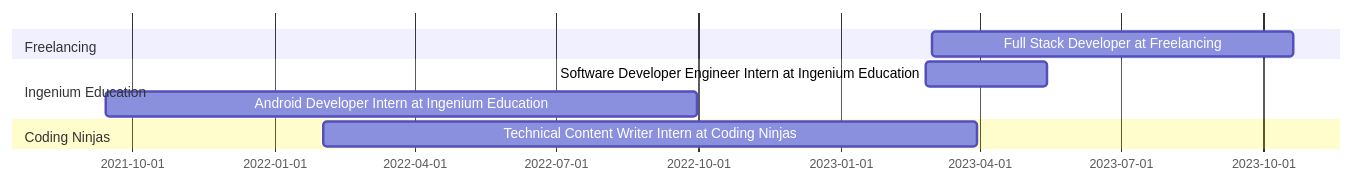
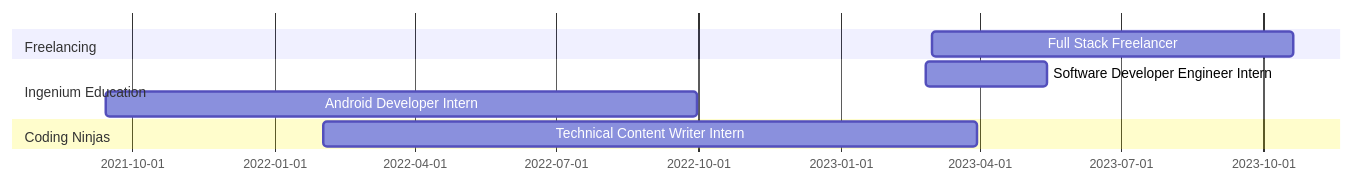
Before and after one commit to rahulsain/rahulsain: the first of 3 diagrams in README.md, drawn with Mermaid. The commit also changed other lines of this file, not shown here.

````diff
--- a/README.md
+++ b/README.md
@@ -26,13 +26,12 @@
 ```mermaid
   gantt
     dateFormat  YYYY-MM-DD
     section Freelancing
-    Full Stack Developer at Freelancing :a1, 2023-03-01, 2023-10-20
+    Full Stack Freelancer :a1, 2023-03-01, 2023-10-20
     section Ingenium Education
-    Software Developer Engineer Intern at Ingenium Education :a2, 2023-02-25, 2023-05-14
-    section Ingenium Education
-    Android Developer Intern at Ingenium Education :a3, 2021-09-14, 2022-09-30
+    Software Developer Engineer Intern :a2, 2023-02-25, 2023-05-14
+    Android Developer Intern :a3, 2021-09-14, 2022-09-30
     section Coding Ninjas
-    Technical Content Writer Intern at Coding Ninjas :a4, 2022-02-01, 2023-03-30
+    Technical Content Writer Intern :a4, 2022-02-01, 2023-03-30
 
 ```
````
